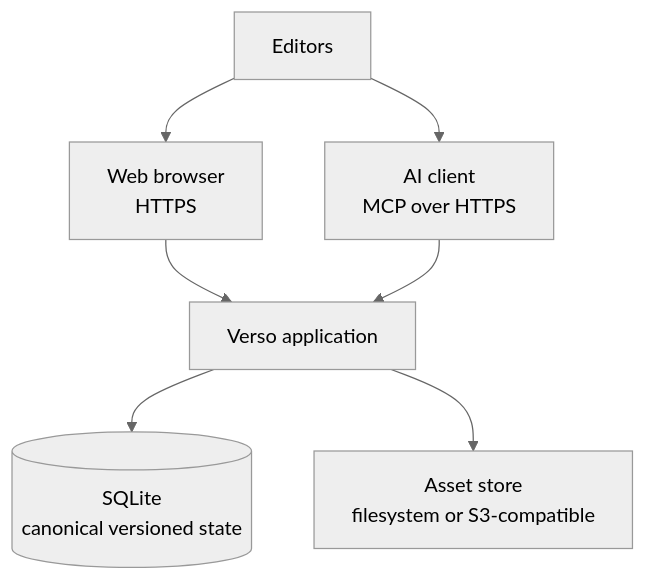
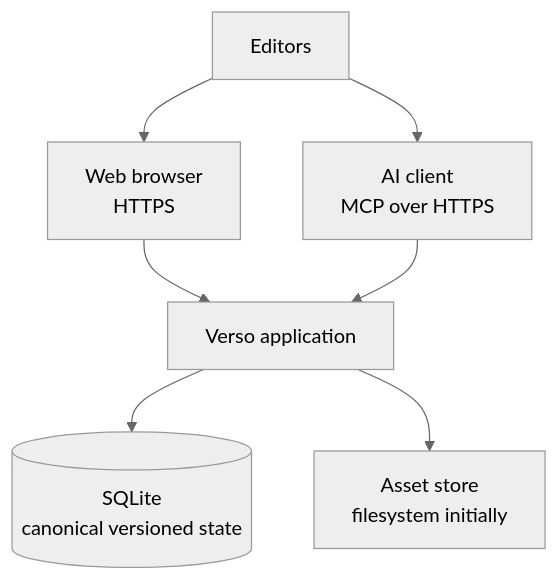
One commit to Natoandro/verso changed the first of 7 diagrams in docs/design/system.md. Above: the diagram before and after it, drawn with Mermaid (neutral theme). The commit also changed other lines of this file and 7 other files, not shown here.

````diff
--- a/docs/design/system.md
+++ b/docs/design/system.md
@@ -13,9 +13,9 @@
 ```mermaid
 flowchart TB
     editors["Editors"] --> browser["Web browser<br/>HTTPS"]
     editors --> ai["AI client<br/>MCP over HTTPS"]
     browser --> verso["Verso application"]
     ai --> verso
     verso --> sqlite[("SQLite<br/>canonical versioned state")]
-    verso --> assets["Asset store<br/>filesystem or S3-compatible"]
+    verso --> assets["Asset store<br/>filesystem initially"]
 ```
````
